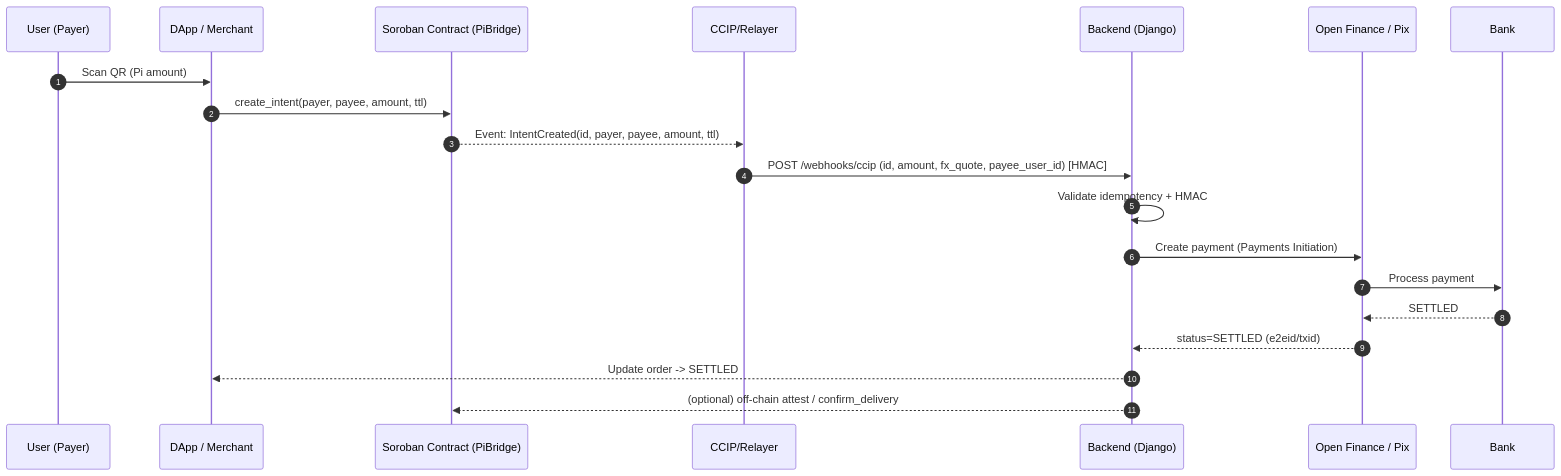
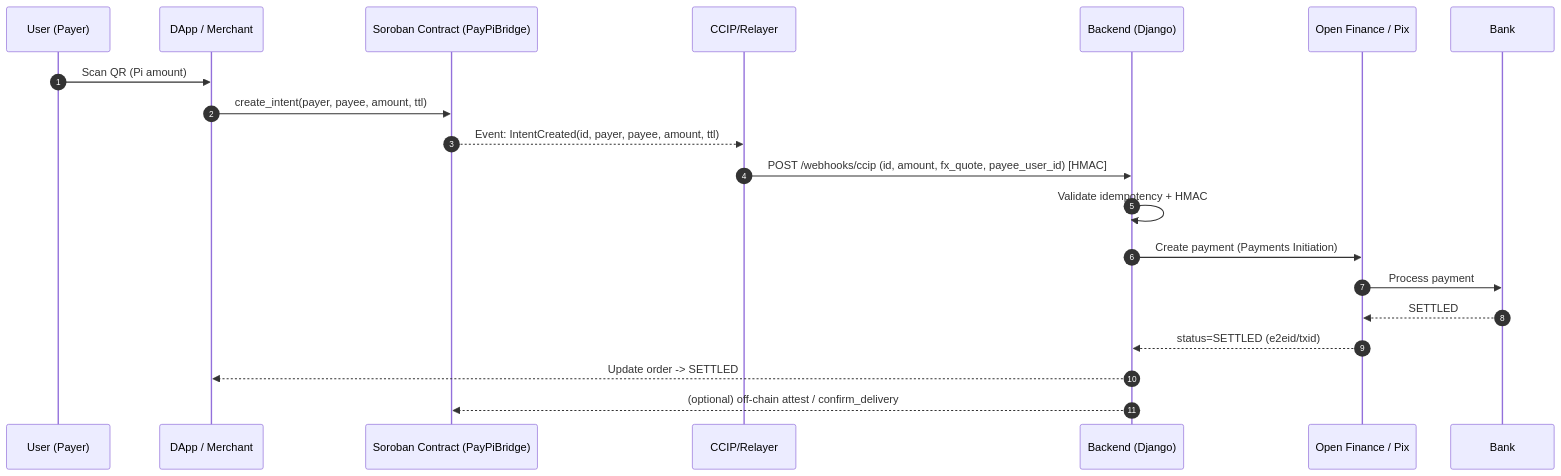
One commit to lbulegon/PayPi-Bridge changed the diagram in docs/sequence.mmd. Above: the diagram before and after it, drawn with Mermaid. The commit also changed 7 other files, not shown here.

```diff
--- a/docs/sequence.mmd
+++ b/docs/sequence.mmd
@@ -1,21 +1,21 @@
 sequenceDiagram
     autonumber
     participant U as User (Payer)
     participant D as DApp / Merchant
-    participant SC as Soroban Contract (PiBridge)
+    participant SC as Soroban Contract (PayPiBridge)
     participant RL as CCIP/Relayer
     participant BE as Backend (Django)
     participant OF as Open Finance / Pix
     participant BK as Bank
 
     U->>D: Scan QR (Pi amount)
     D->>SC: create_intent(payer, payee, amount, ttl)
     SC-->>RL: Event: IntentCreated(id, payer, payee, amount, ttl)
     RL->>BE: POST /webhooks/ccip (id, amount, fx_quote, payee_user_id) [HMAC]
     BE->>BE: Validate idempotency + HMAC
     BE->>OF: Create payment (Payments Initiation)
     OF->>BK: Process payment
     BK-->>OF: SETTLED
     OF-->>BE: status=SETTLED (e2eid/txid)
     BE-->>D: Update order -> SETTLED
     BE-->>SC: (optional) off-chain attest / confirm_delivery
```
